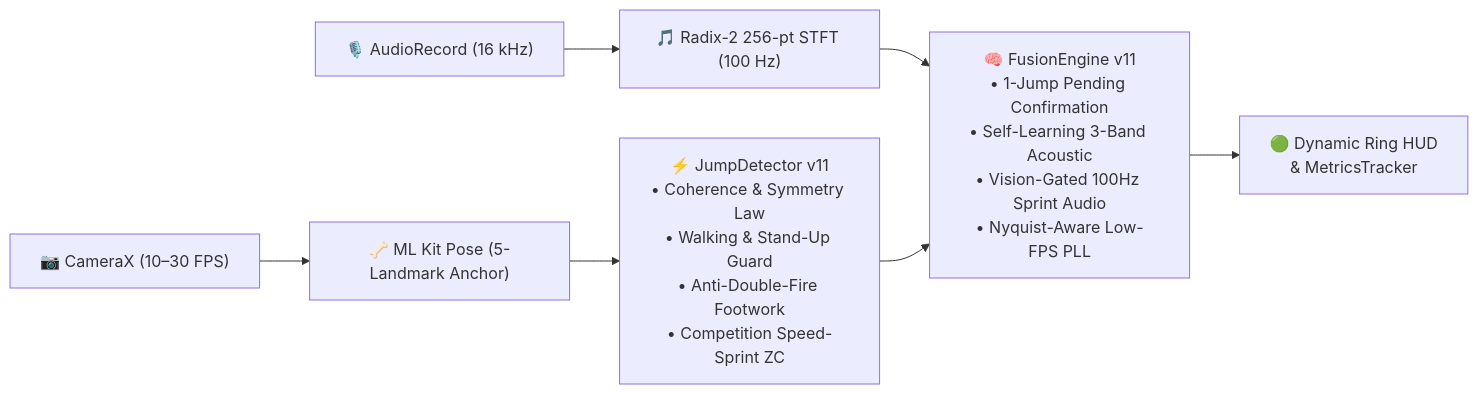
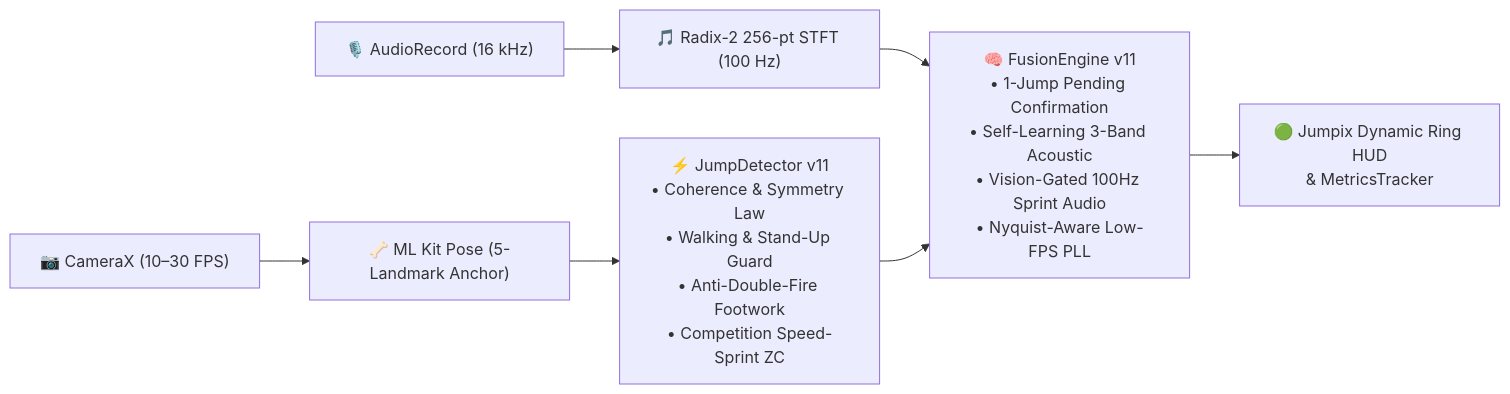
The diagram in README.md (iganramdani/Jumpix), drawn with Mermaid before and after one commit. The commit also changed other lines of this file and 7 other files, not shown here.

````diff
--- a/README.md
+++ b/README.md
@@ -84,9 +85,9 @@
 ```mermaid
 flowchart LR
     CAM["📷 CameraX (10–30 FPS)"] --> ML["🦴 ML Kit Pose (5-Landmark Anchor)"]
     MIC["🎙️ AudioRecord (16 kHz)"] --> STFT["🎵 Radix-2 256-pt STFT (100 Hz)"]
     ML --> JD["⚡ JumpDetector v11\n• Coherence & Symmetry Law\n• Walking & Stand-Up Guard\n• Anti-Double-Fire Footwork\n• Competition Speed-Sprint ZC"]
     STFT --> FE["🧠 FusionEngine v11\n• 1-Jump Pending Confirmation\n• Self-Learning 3-Band Acoustic\n• Vision-Gated 100Hz Sprint Audio\n• Nyquist-Aware Low-FPS PLL"]
     JD --> FE
-    FE --> UI["🟢 Dynamic Ring HUD\n& MetricsTracker"]
+    FE --> UI["🟢 Jumpix Dynamic Ring HUD\n& MetricsTracker"]
 ```
````
